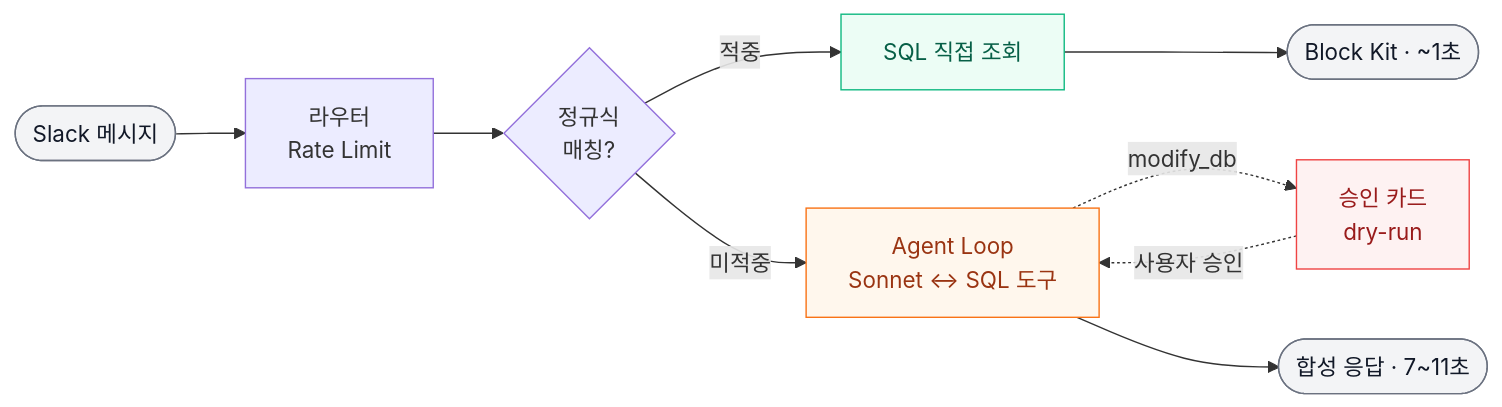
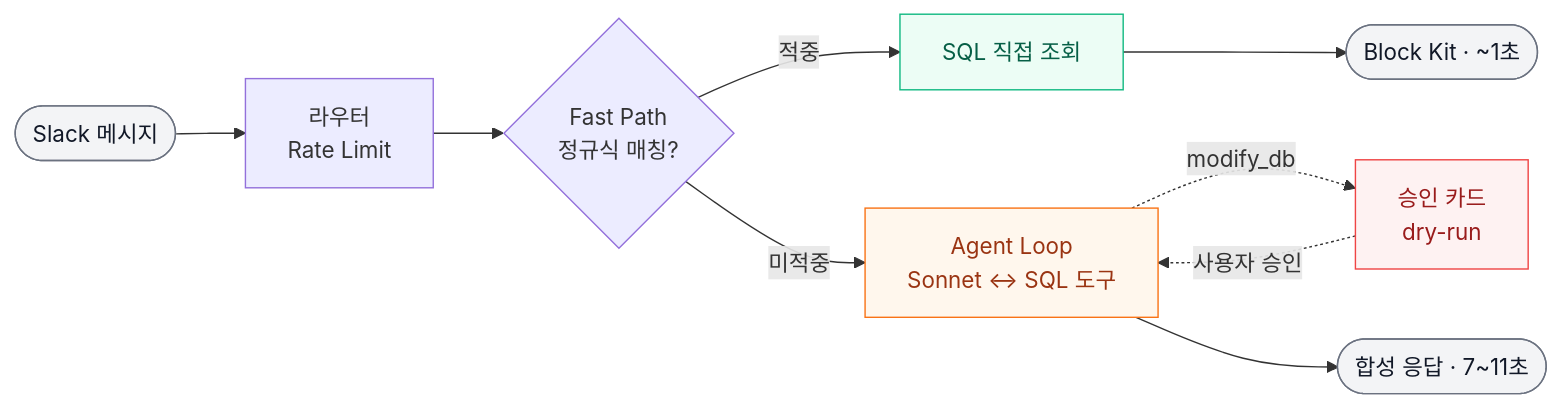
The diagram in README.md (hyewon3938/slack-ai-agents), drawn with Mermaid before and after one commit.

Commit message:
docs(readme): Agent Loop 다이어그램 분기 라벨 명확화
분기점 라벨에 'Fast Path' 명시 — 다이어그램만 봐도 정규식 매칭이
Fast Path 진입 조건임을 알 수 있도록 정리.

````diff
--- a/README.md
+++ b/README.md
@@ -49,20 +49,20 @@
 ```mermaid
 graph LR
     U([Slack 메시지]) --> R[라우터<br/>Rate Limit]
-    R --> F{정규식<br/>매칭?}
+    R --> F{Fast Path<br/>정규식 매칭?}
     F -->|적중| FP[SQL 직접 조회]
     F -->|미적중| AL[Agent Loop<br/>Sonnet ↔ SQL 도구]
     AL -. modify_db .-> A[승인 카드<br/>dry-run]
     A -. 사용자 승인 .-> AL
     FP --> O1([Block Kit · ~1초])
     AL --> O2([합성 응답 · 7~11초])
 
     classDef io fill:#f3f4f6,stroke:#6b7280,color:#111827
     classDef fast fill:#ecfdf5,stroke:#10b981,color:#065f46
     classDef loop fill:#fff7ed,stroke:#f97316,color:#9a3412
     classDef guard fill:#fef2f2,stroke:#ef4444,color:#991b1b
     class U,O1,O2 io
     class FP fast
     class AL loop
     class A guard
 ```
````
